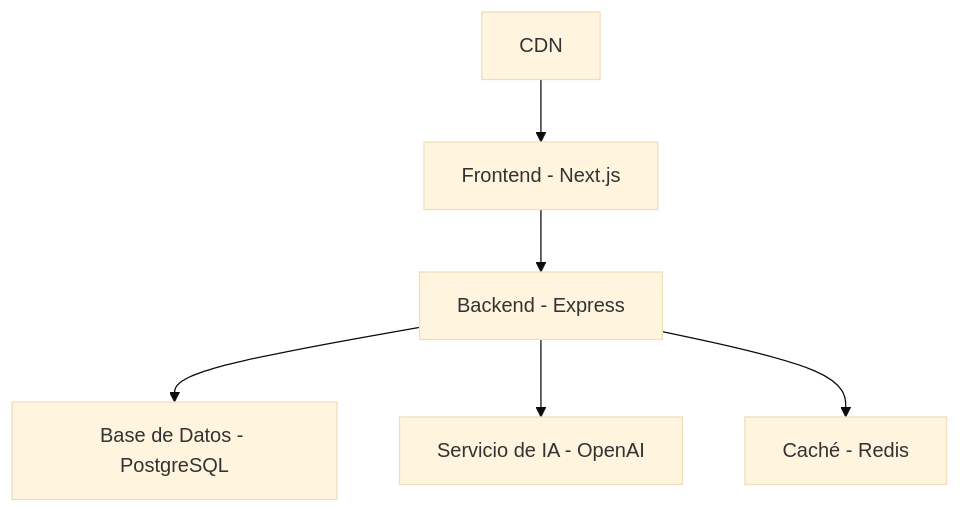
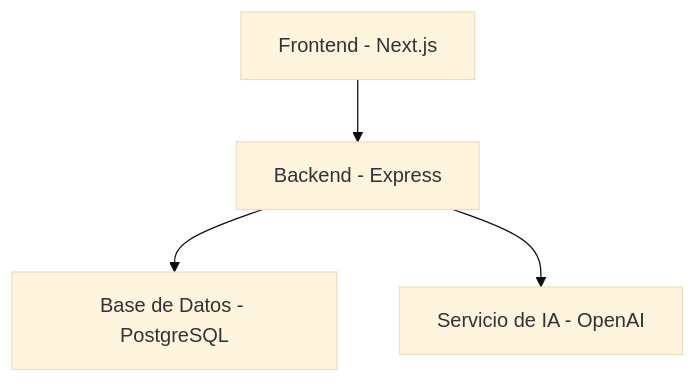
The first of 2 diagrams in README.md (brandonecheverry/final-project-BAAE), drawn with Mermaid (base theme) before and after one commit. The commit also changed other lines of this file and 4 other files, not shown here.

````diff
--- a/README.md
+++ b/README.md
@@ -103,8 +97,6 @@
 ```mermaid
 graph TD
     A[Frontend - Next.js] --> B[Backend - Express]
     B --> C[Base de Datos - PostgreSQL]
     B --> D[Servicio de IA - OpenAI]
-    B --> E[Caché - Redis]
-    F[CDN] --> A
 ```
````
